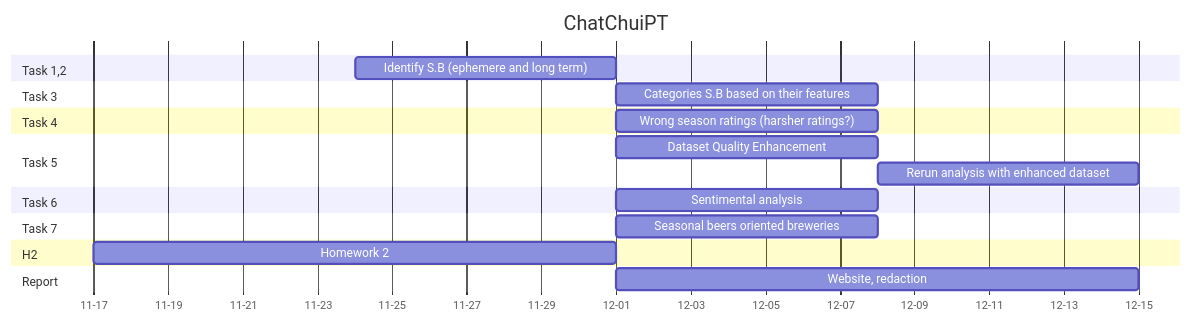
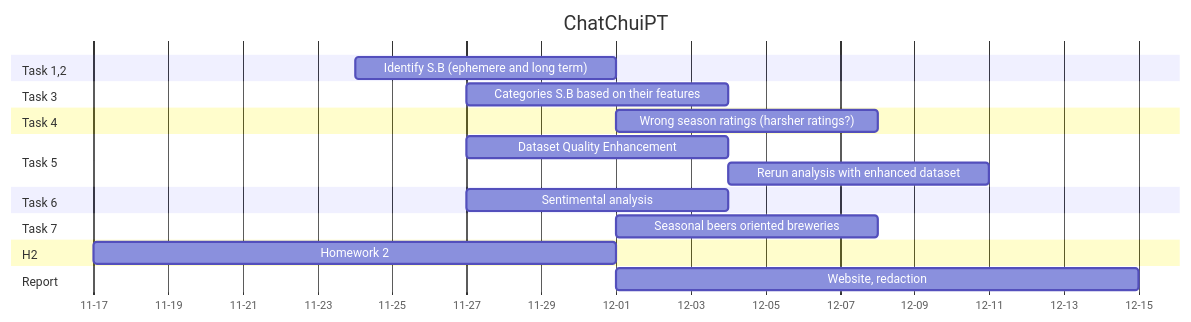
The diagram in readme.md (epfl-ada/ada-2023-project-chatchuipt), drawn with Mermaid before and after one commit.

Commit message:
timeline

````diff
--- a/readme.md
+++ b/readme.md
@@ -62,24 +62,24 @@
 ```mermaid
 gantt
     title ChatChuiPT
     dateFormat MM-DD
 	axisFormat %m-%d
 
 	section Task 1,2
 		Identify S.B (ephemere and long term)   :t1, 11-24, 1w
 	section Task 3
-		Categories S.B based on their features  :t3, after t1 h2, 1w
+		Categories S.B based on their features  :t3, 11-27, 1w
     section Task 4
-		Wrong season ratings (harsher ratings?) :after t1 h2, 1w
+		Wrong season ratings (harsher ratings?) :after t1, 1w
 	section Task 5
-		Dataset Quality Enhancement             :t51, after t1 h2, 1w
+		Dataset Quality Enhancement             :t51,11-27, 1w
 		Rerun analysis with enhanced dataset    :t52, after t51, 1w
 	section Task 6
-		Sentimental analysis                    :after t1 h2, 1w
+		Sentimental analysis                    :11-27, 1w
 	section Task 7 
 		Seasonal beers oriented breweries       :after t1 h2, 1w
 	section H2
 		Homework 2                              :h2, 11-17, 2w
 	section Report
 		Website, redaction                      :after t1, 2w
 ```
````
